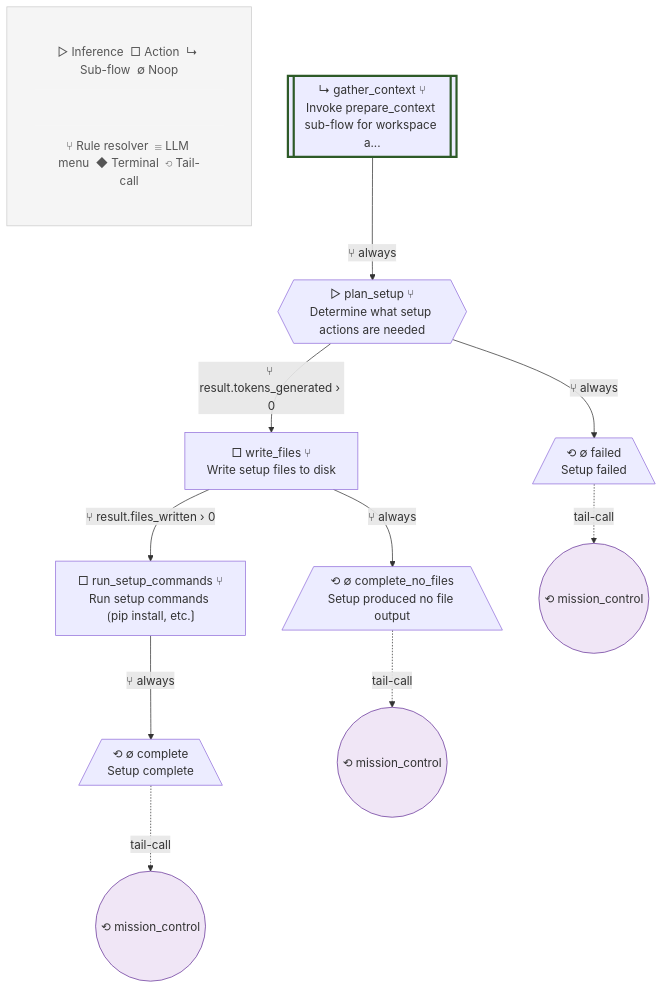
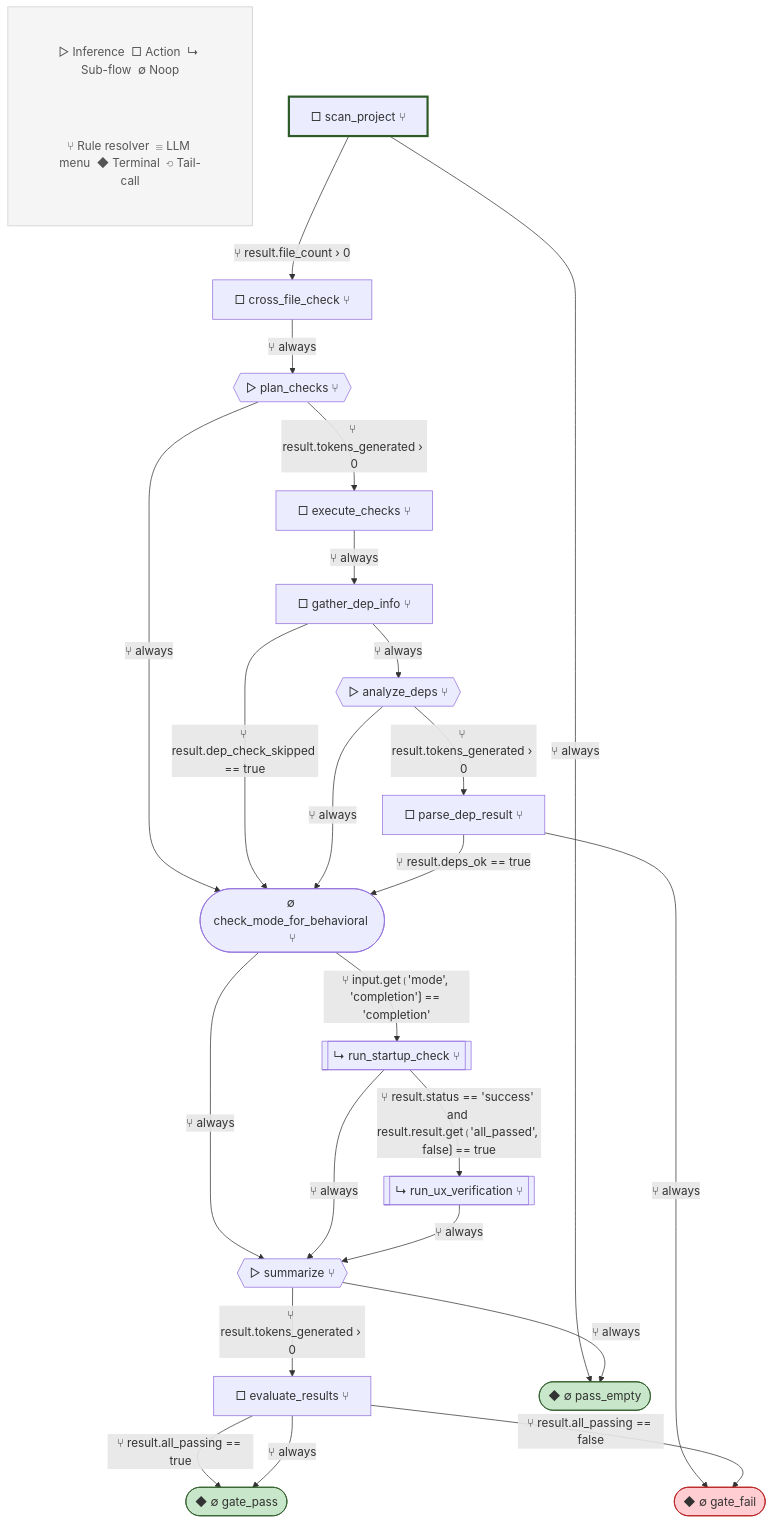
One commit to lah-rb/ouroboros changed diagram 15 of 20 in blueprint.md. Above: the diagram before and after it, drawn with Mermaid. The commit also changed other lines of this file and 207 other files, not shown here.

````diff
--- a/blueprint.md
+++ b/blueprint.md
@@ -1069,39 +1172,57 @@
 ```mermaid
 flowchart TD
-    %% setup_project v2
+    %% quality_gate v5
 
     subgraph Legend[" "]
         L1["▷ Inference  □ Action  ↳ Sub-flow  ∅ Noop"]
         L2["⑂ Rule resolver  ☰ LLM menu  ◆ Terminal  ⟲ Tail-call"]
     end
     style Legend fill:#f5f5f5,stroke:#ccc,stroke-width:1px
     style L1 fill:#f5f5f5,stroke:none,color:#555
     style L2 fill:#f5f5f5,stroke:none,color:#555
 
-    gather_context[["↳ gather_context ⑂\nInvoke prepare_context sub-flow for workspace a..."]]
-    plan_setup{{"▷ plan_setup ⑂\nDetermine what setup actions are needed"}}
-    write_files["□ write_files ⑂\nWrite setup files to disk"]
-    run_setup_commands["□ run_setup_commands ⑂\nRun setup commands ⟮pip install, etc.⟯"]
-    complete[/"⟲ ∅ complete\nSetup complete"\]
-    complete_no_files[/"⟲ ∅ complete_no_files\nSetup produced no file output"\]
-    failed[/"⟲ ∅ failed\nSetup failed"\]
+    scan_project["□ scan_project ⑂"]
+    cross_file_check["□ cross_file_check ⑂"]
+    plan_checks{{"▷ plan_checks ⑂"}}
+    execute_checks["□ execute_checks ⑂"]
+    gather_dep_info["□ gather_dep_info ⑂"]
+    analyze_deps{{"▷ analyze_deps ⑂"}}
+    parse_dep_result["□ parse_dep_result ⑂"]
+    check_mode_for_behavioral(["∅ check_mode_for_behavioral ⑂"])
+    run_startup_check[["↳ run_startup_check ⑂"]]
+    run_ux_verification[["↳ run_ux_verification ⑂"]]
+    summarize{{"▷ summarize ⑂"}}
+    evaluate_results["□ evaluate_results ⑂"]
+    gate_pass(["◆ ∅ gate_pass"])
+    gate_fail(["◆ ∅ gate_fail"])
+    pass_empty(["◆ ∅ pass_empty"])
 
-    style gather_context stroke-width:3px,stroke:#2d5a27
+    style scan_project stroke-width:3px,stroke:#2d5a27
 
-    gather_context -->|⑂ always| plan_setup
-    plan_setup -->|⑂ result.tokens_generated › 0| write_files
-    plan_setup -->|⑂ always| failed
-    write_files -->|⑂ result.files_written › 0| run_setup_commands
-    write_files -->|⑂ always| complete_no_files
-    run_setup_commands -->|⑂ always| complete
-    tc_complete(("⟲ mission_control"))
-    style tc_complete fill:#f0e6f6,stroke:#663399
-    complete -.->|tail-call| tc_complete
-    tc_complete_no_files(("⟲ mission_control"))
-    style tc_complete_no_files fill:#f0e6f6,stroke:#663399
-    complete_no_files -.->|tail-call| tc_complete_no_files
-    tc_failed(("⟲ mission_control"))
-    style tc_failed fill:#f0e6f6,stroke:#663399
-    failed -.->|tail-call| tc_failed
+    scan_project -->|⑂ result.file_count › 0| cross_file_check
+    scan_project -->|⑂ always| pass_empty
+    cross_file_check -->|⑂ always| plan_checks
+    plan_checks -->|⑂ result.tokens_generated › 0| execute_checks
+    plan_checks -->|⑂ always| check_mode_for_behavioral
+    execute_checks -->|⑂ always| gather_dep_info
+    gather_dep_info -->|⑂ result.dep_check_skipped == true| check_mode_for_behavioral
+    gather_dep_info -->|⑂ always| analyze_deps
+    analyze_deps -->|⑂ result.tokens_generated › 0| parse_dep_result
+    analyze_deps -->|⑂ always| check_mode_for_behavioral
+    parse_dep_result -->|⑂ result.deps_ok == true| check_mode_for_behavioral
+    parse_dep_result -->|⑂ always| gate_fail
+    check_mode_for_behavioral -->|⑂ input.get⟮'mode', 'completion'⟯ == 'completion'| run_startup_check
+    check_mode_for_behavioral -->|⑂ always| summarize
+    run_startup_check -->|⑂ result.status == 'success' and result.result.get⟮'all_passed', false⟯ == true| run_ux_verification
+    run_startup_check -->|⑂ always| summarize
+    run_ux_verification -->|⑂ always| summarize
+    summarize -->|⑂ result.tokens_generated › 0| evaluate_results
+    summarize -->|⑂ always| pass_empty
+    evaluate_results -->|⑂ result.all_passing == true| gate_pass
+    evaluate_results -->|⑂ result.all_passing == false| gate_fail
+    evaluate_results -->|⑂ always| gate_pass
 
+    style gate_pass fill:#c8e6c9,stroke:#2d5a27
+    style gate_fail fill:#ffcdd2,stroke:#b71c1c
+    style pass_empty fill:#c8e6c9,stroke:#2d5a27
 ```
````
